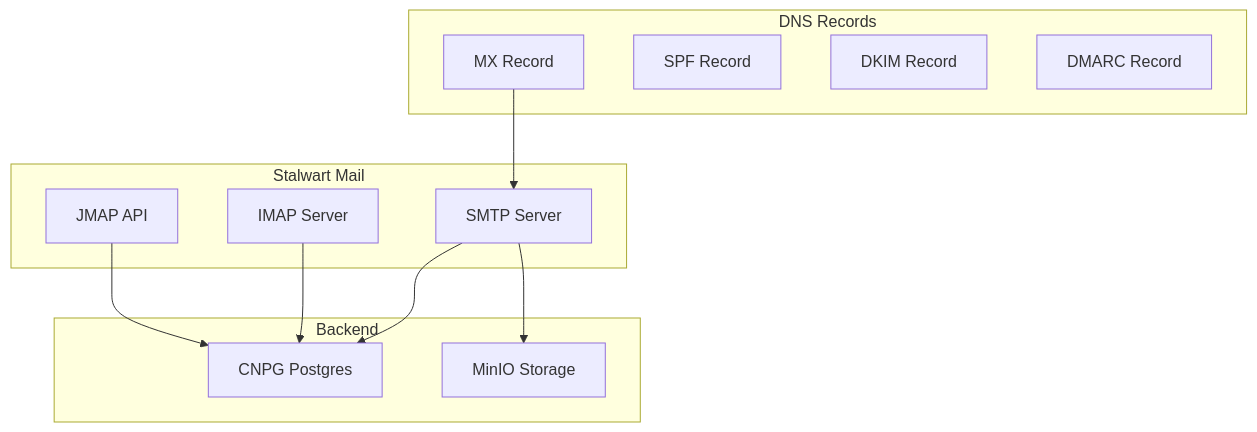
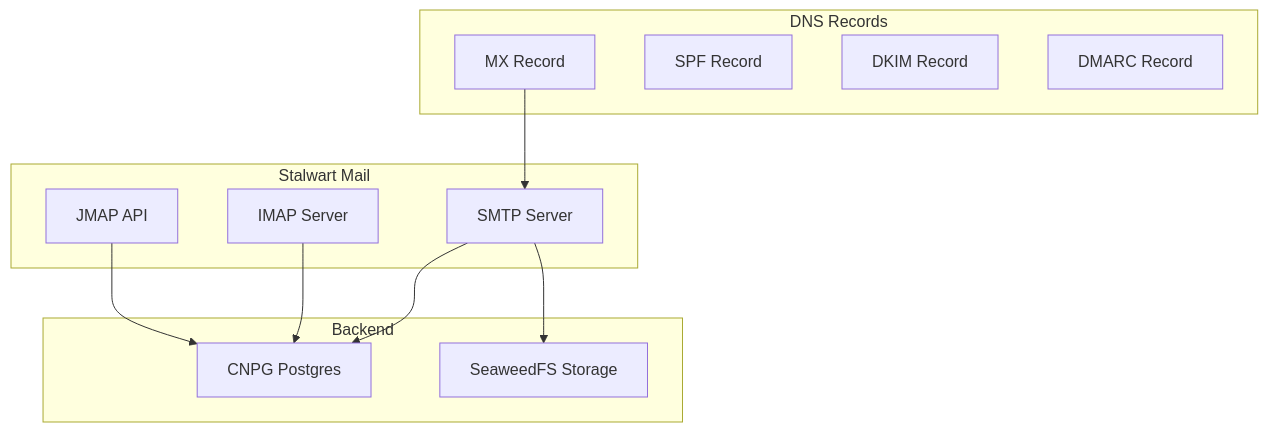
Before and after one commit to openova-io/openova: the diagram in platform/stalwart/README.md, drawn with Mermaid. The commit also changed 31 other files, not shown here.

First line of the commit message:
docs(seaweedfs+guacamole): replace MinIO with SeaweedFS as unified S3 encapsulation; add Guacamole to bp-relay

````diff
--- a/platform/stalwart/README.md
+++ b/platform/stalwart/README.md
@@ -21,26 +21,26 @@
 ```mermaid
 flowchart TB
     subgraph Stalwart["Stalwart Mail"]
         SMTP[SMTP Server]
         IMAP[IMAP Server]
         JMAP[JMAP API]
     end
 
     subgraph Backend["Backend"]
         CNPG[CNPG Postgres]
-        MinIO[MinIO Storage]
+        SeaweedFS[SeaweedFS Storage]
     end
 
     subgraph DNS["DNS Records"]
         MX[MX Record]
         SPF[SPF Record]
         DKIM[DKIM Record]
         DMARC[DMARC Record]
     end
 
     SMTP --> CNPG
     IMAP --> CNPG
     JMAP --> CNPG
-    SMTP --> MinIO
+    SMTP --> SeaweedFS
     MX --> SMTP
 ```
````
